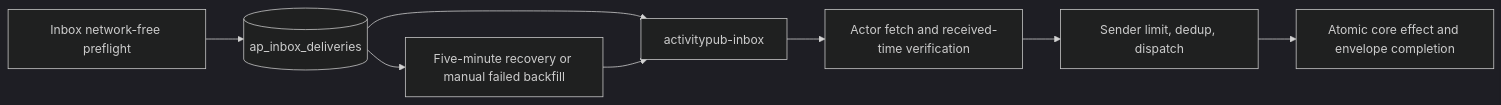
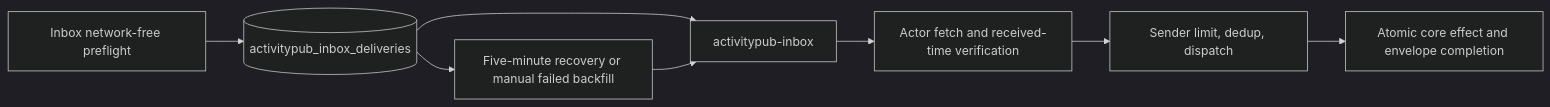
One commit to vouchington/vouchington changed the diagram in docs/overview/architecture/reference-fediverse-federation-phase-c-outbound-activitypub-resurrect-the-removed-federation-server-shipped.md. Above: the diagram before and after it, drawn with Mermaid (dark theme). The commit also changed other lines of this file and 388 other files, not shown here.

````diff
--- a/docs/overview/architecture/reference-fediverse-federation-phase-c-outbound-activitypub-resurrect-the-removed-federation-server-shipped.md
+++ b/docs/overview/architecture/reference-fediverse-federation-phase-c-outbound-activitypub-resurrect-the-removed-federation-server-shipped.md
@@ -95,10 +95,10 @@
 ```mermaid
 flowchart LR
-  API[Inbox network-free preflight] --> DB[(ap_inbox_deliveries)]
+  API[Inbox network-free preflight] --> DB[(activitypub_inbox_deliveries)]
   DB --> Q[activitypub-inbox]
   Q --> W[Actor fetch and received-time verification]
   W --> D[Sender limit, dedup, dispatch]
   D --> X[Atomic core effect and envelope completion]
   DB --> R[Five-minute recovery or manual failed backfill]
   R --> Q
 ```
````
